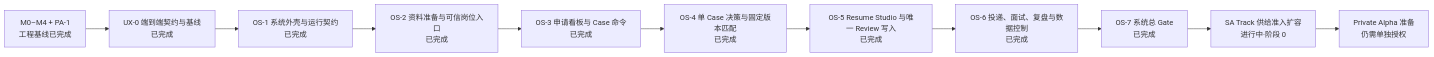
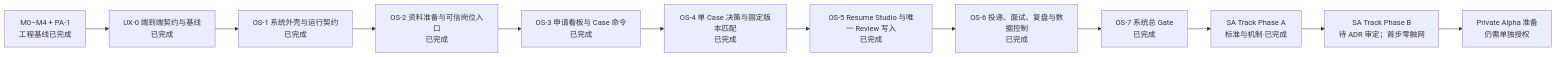
The diagram in docs/06-mvp-roadmap.md (CodeVoyager21932/Aijob), drawn with Mermaid before and after one commit. The commit also changed other lines of this file and 45 other files, not shown here.

First line of the commit message:
feat(supply): freeze SA Track admission standard and record ADR-0032/0033/0034

```diff
--- a/docs/06-mvp-roadmap.md
+++ b/docs/06-mvp-roadmap.md
@@ -55,13 +55,14 @@
 ~~~mermaid
 flowchart LR
     B["M0–M4 + PA-1<br/>工程基线已完成"] --> U0["UX-0 端到端契约与基线<br/>已完成"]
     U0 --> O1["OS-1 系统外壳与运行契约<br/>已完成"]
     O1 --> O2["OS-2 资料准备与可信岗位入口<br/>已完成"]
     O2 --> O3["OS-3 申请看板与 Case 命令<br/>已完成"]
     O3 --> O4["OS-4 单 Case 决策与固定版本匹配<br/>已完成"]
     O4 --> O5["OS-5 Resume Studio 与唯一 Review 写入<br/>已完成"]
     O5 --> O6["OS-6 投递、面试、复盘与数据控制<br/>已完成"]
     O6 --> O7["OS-7 系统总 Gate<br/>已完成"]
-    O7 --> SA["SA Track 供给准入扩容<br/>进行中·阶段 0"]
-    SA --> P["Private Alpha 准备<br/>仍需单独授权"]
+    O7 --> SAA["SA Track Phase A<br/>标准与机制·已完成"]
+    SAA --> SAB["SA Track Phase B<br/>待 ADR 审定；首步零触网"]
+    SAB --> P["Private Alpha 准备<br/>仍需单独授权"]
 ~~~
```
